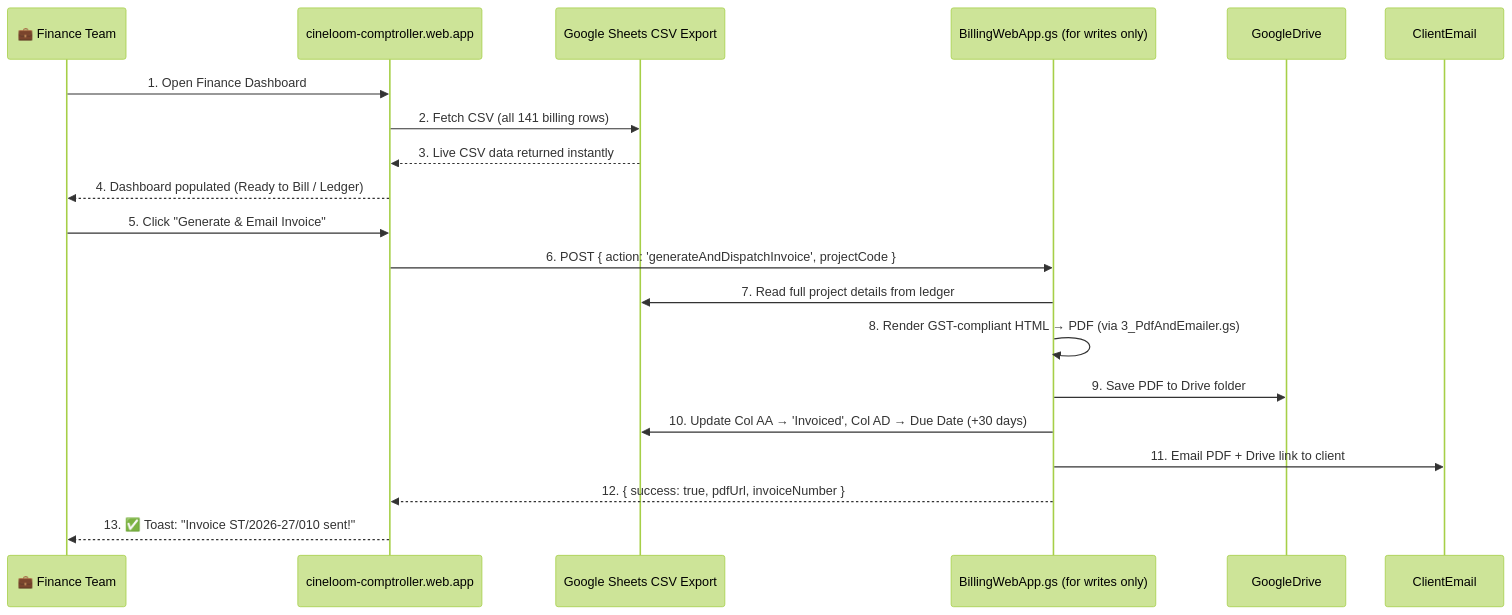
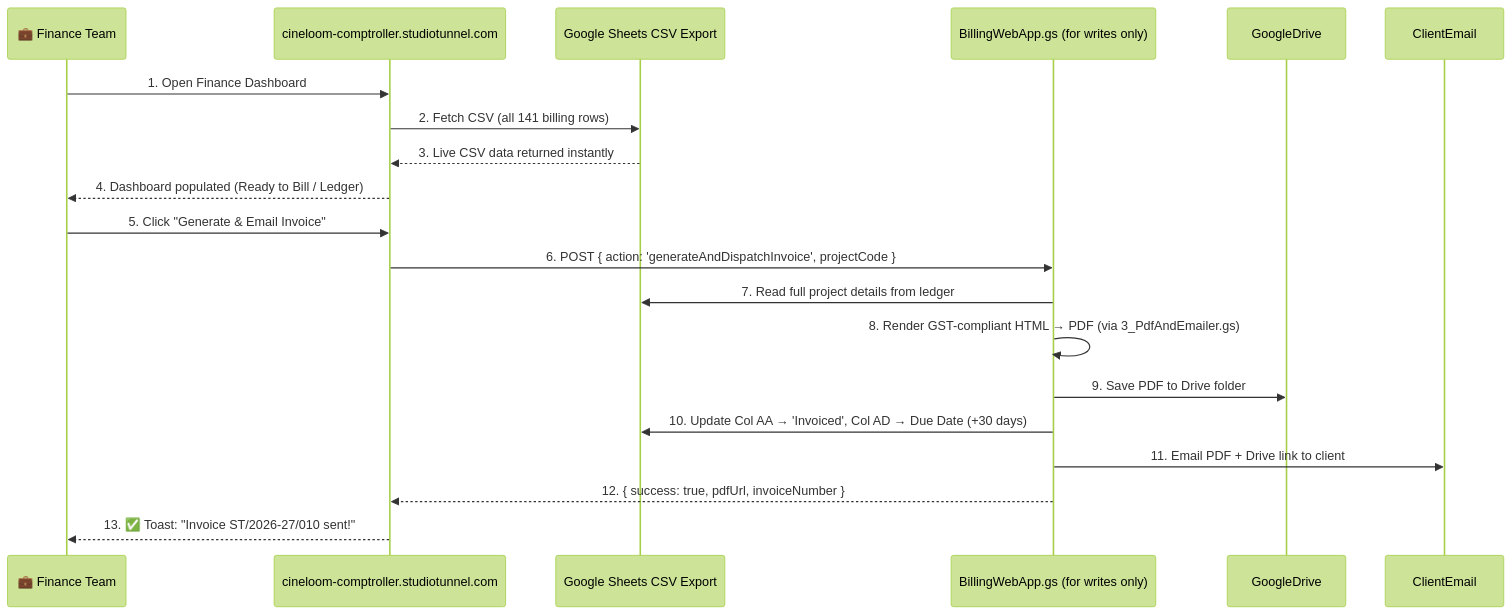
The third of 5 diagrams in documentation/SYSTEM_ARCHITECTURE_AND_OPERATIONS_MANUAL.md (samiransonowal/sync-st), drawn with Mermaid (forest theme) before and after one commit. The commit also changed other lines of this file and 100 other files, not shown here.

````diff
--- a/documentation/SYSTEM_ARCHITECTURE_AND_OPERATIONS_MANUAL.md
+++ b/documentation/SYSTEM_ARCHITECTURE_AND_OPERATIONS_MANUAL.md
@@ -176,22 +207,22 @@
 ```mermaid
 sequenceDiagram
     participant User as 💼 Finance Team
-    participant FinApp as cineloom-comptroller.web.app
+    participant FinApp as cineloom-comptroller.studiotunnel.com
     participant Sheet as Google Sheets CSV Export
     participant GAS as BillingWebApp.gs (for writes only)
 
     User->>FinApp: 1. Open Finance Dashboard
     FinApp->>Sheet: 2. Fetch CSV (all 141 billing rows)
     Sheet-->>FinApp: 3. Live CSV data returned instantly
     FinApp-->>User: 4. Dashboard populated (Ready to Bill / Ledger)
     
     User->>FinApp: 5. Click "Generate & Email Invoice"
     FinApp->>GAS: 6. POST { action: 'generateAndDispatchInvoice', projectCode }
     GAS->>Sheet: 7. Read full project details from ledger
     GAS->>GAS: 8. Render GST-compliant HTML → PDF (via 3_PdfAndEmailer.gs)
     GAS->>GoogleDrive: 9. Save PDF to Drive folder
     GAS->>Sheet: 10. Update Col AA → 'Invoiced', Col AD → Due Date (+30 days)
     GAS->>ClientEmail: 11. Email PDF + Drive link to client
     GAS-->>FinApp: 12. { success: true, pdfUrl, invoiceNumber }
     FinApp-->>User: 13. ✅ Toast: "Invoice ST/2026-27/010 sent!"
 ```
````
